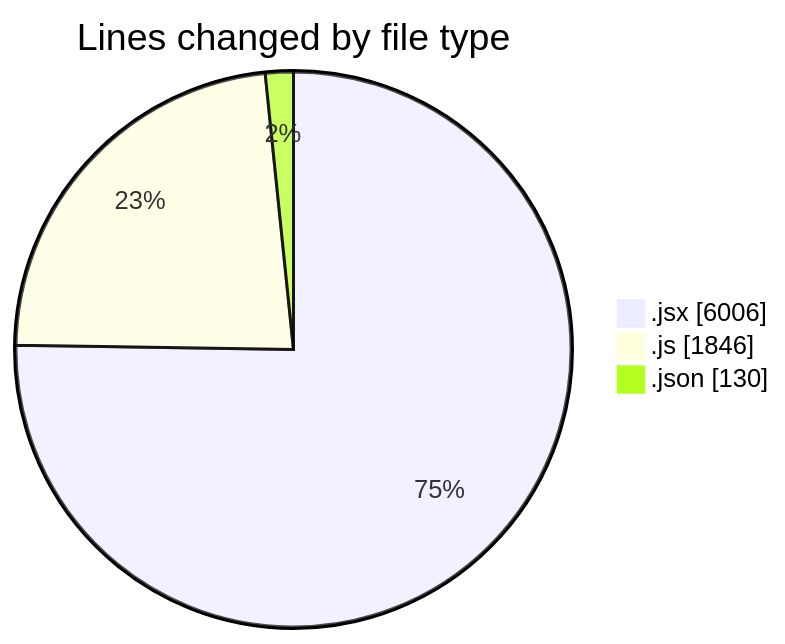
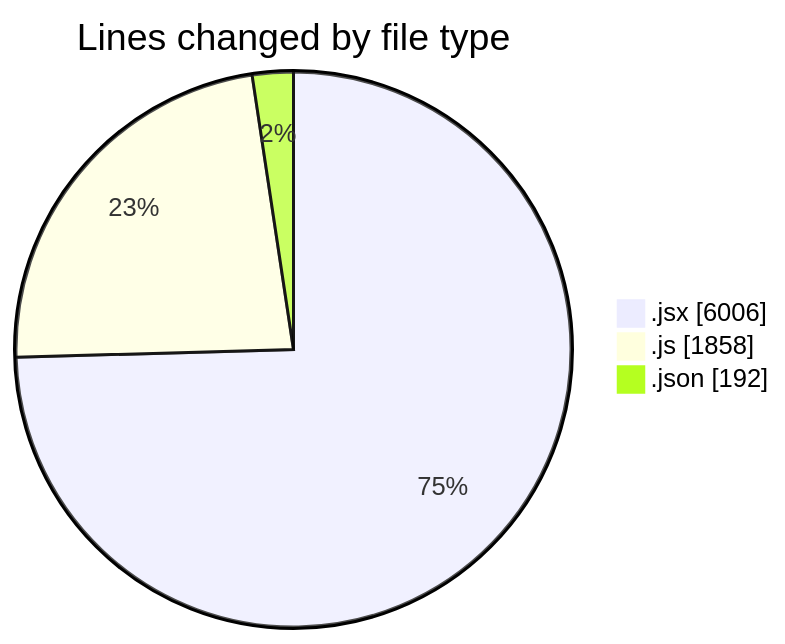
One commit to nxtqubesakshisongat/code-tracking changed the first of 2 diagrams in 2025-08-06/nxtqube_webapp/README.md. Above: the diagram before and after it, drawn with Mermaid. The commit also changed other lines of this file and 1 other file, not shown here.

````diff
--- a/2025-08-06/nxtqube_webapp/README.md
+++ b/2025-08-06/nxtqube_webapp/README.md
@@ -31,7 +31,7 @@
 ```mermaid
 pie showData
 title Lines changed by file type
 ".jsx" : 6006
-".js" : 1846
-".json" : 130
+".js" : 1858
+".json" : 192
 ```
````
